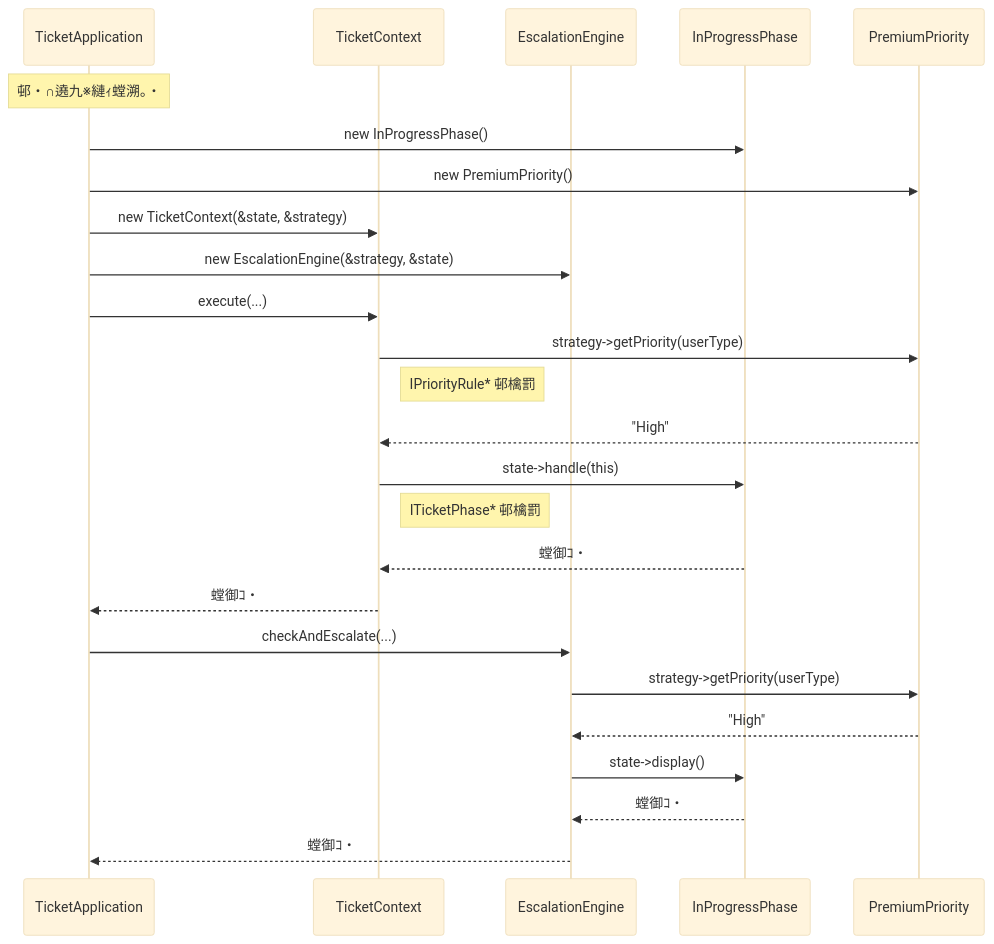
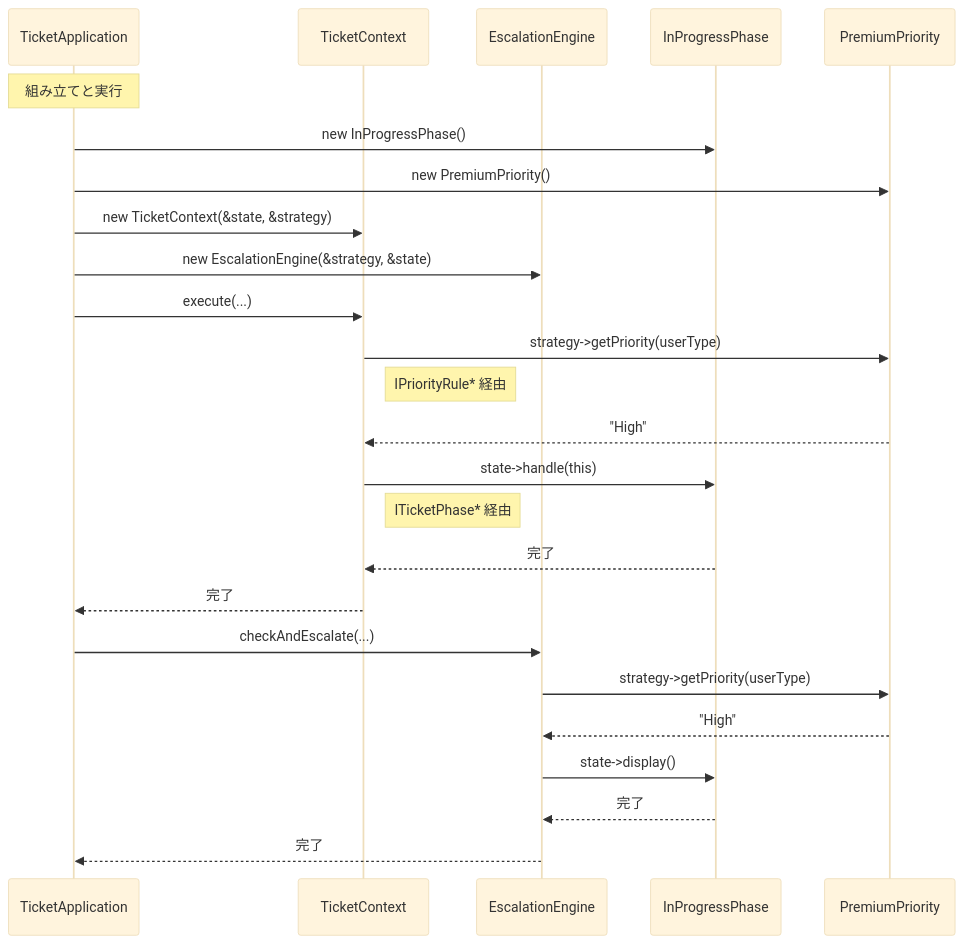
One commit to kumachan1101-pixel/DesignPattern changed the eighth of 11 diagrams in kindle/design-patterns/output/chapter09_2.md. Above: the diagram before and after it, drawn with Mermaid (base theme). The commit also changed other lines of this file and 5 other files, not shown here.

````diff
--- a/kindle/design-patterns/output/chapter09_2.md
+++ b/kindle/design-patterns/output/chapter09_2.md
@@ -1337,27 +1354,27 @@
 ```mermaid
 sequenceDiagram
     participant App as TicketApplication
     participant TM as TicketContext
     participant EE as EscalationEngine
     participant IS as InProgressPhase
     participant PP as PremiumPriority
-    Note over App: 邨・∩遶九※縺ｨ螳溯｡・
+    Note over App: 組み立てと実行
     App->>IS: new InProgressPhase()
     App->>PP: new PremiumPriority()
     App->>TM: new TicketContext(&state, &strategy)
     App->>EE: new EscalationEngine(&strategy, &state)
     App->>TM: execute(...)
     TM->>PP: strategy->getPriority(userType)
-    Note right of TM: IPriorityRule* 邨檎罰
+    Note right of TM: IPriorityRule* 経由
     PP-->>TM: "High"
     TM->>IS: state->handle(this)
-    Note right of TM: ITicketPhase* 邨檎罰
-    IS-->>TM: 螳御ｺ・
-    TM-->>App: 螳御ｺ・
+    Note right of TM: ITicketPhase* 経由
+    IS-->>TM: 完了
+    TM-->>App: 完了
     App->>EE: checkAndEscalate(...)
     EE->>PP: strategy->getPriority(userType)
     PP-->>EE: "High"
     EE->>IS: state->display()
-    IS-->>EE: 螳御ｺ・
-    EE-->>App: 螳御ｺ・
+    IS-->>EE: 完了
+    EE-->>App: 完了
 ```
````
